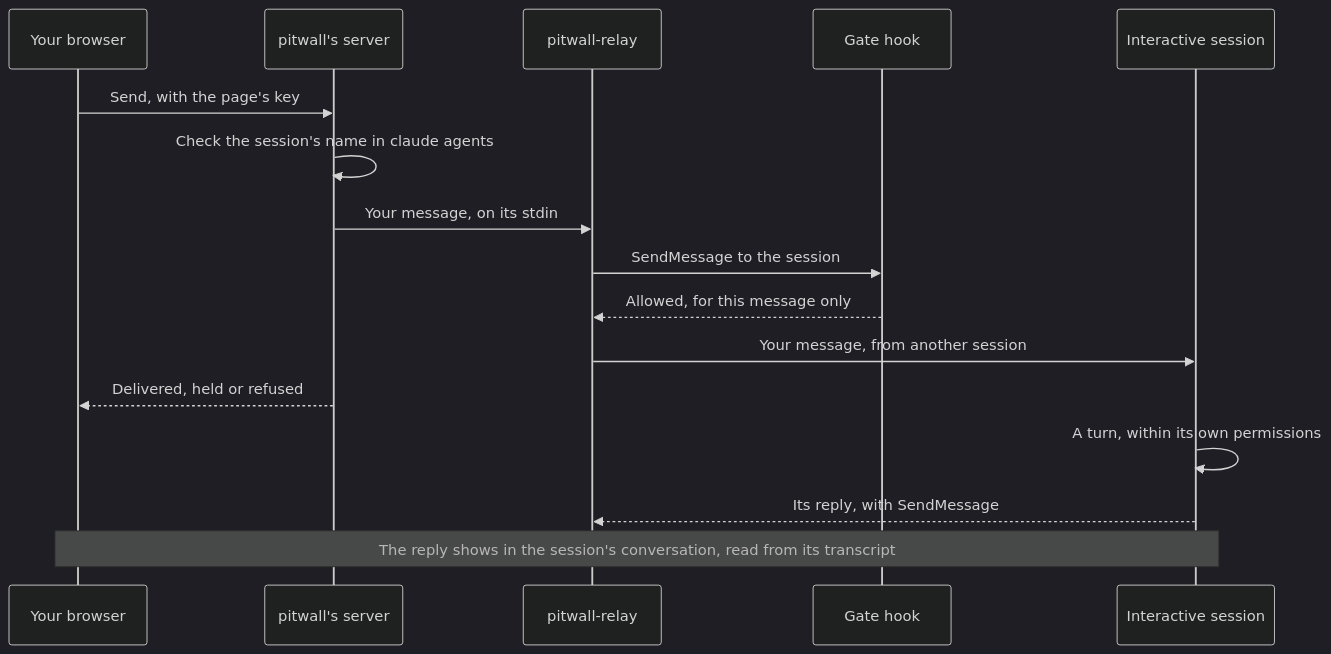
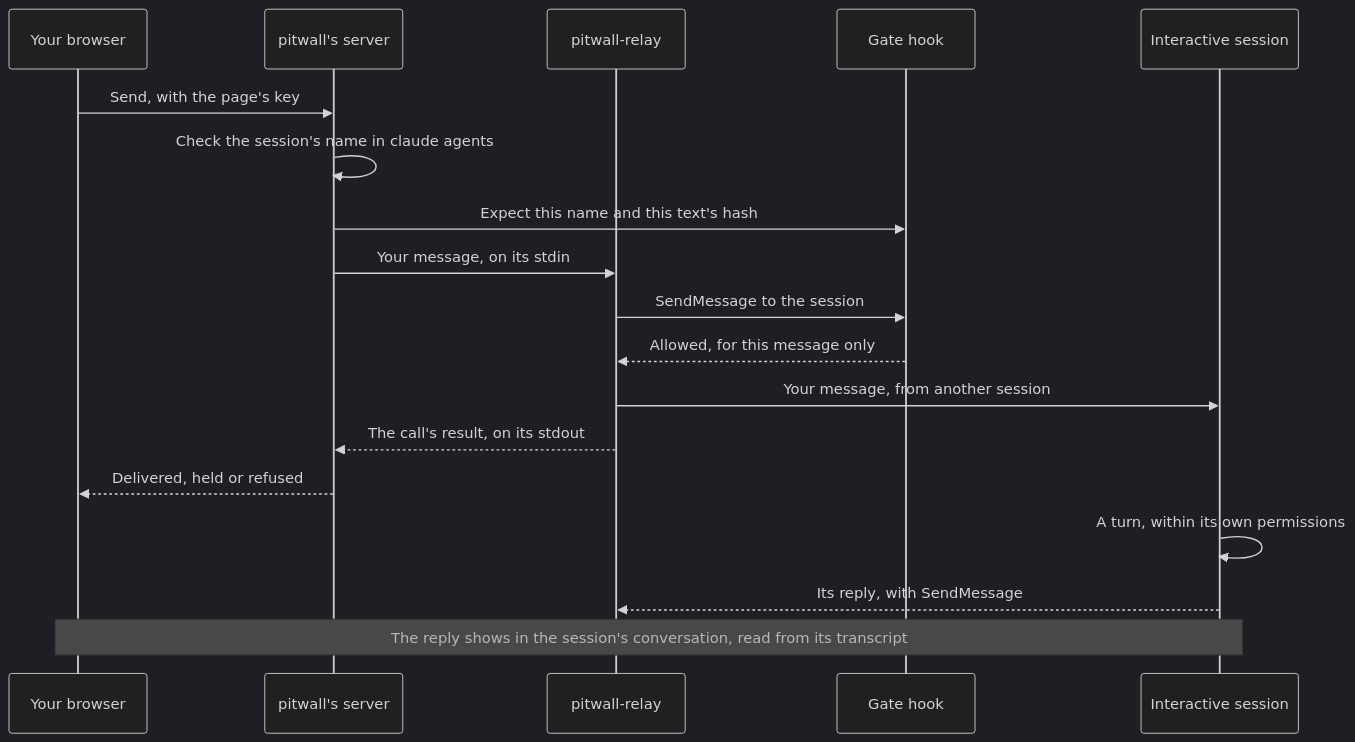
The second of 2 diagrams in README.md (leggetter/pitwall), drawn with Mermaid (dark theme) before and after one commit. The commit also changed other lines of this file and 1 other file, not shown here.

````diff
--- a/README.md
+++ b/README.md
@@ -129,19 +161,21 @@
 ```mermaid
 sequenceDiagram
   participant page as Your browser
   participant server as pitwall's server
   participant relay as pitwall-relay
   participant gate as Gate hook
   participant session as Interactive session
 
   page->>server: Send, with the page's key
   server->>server: Check the session's name in claude agents
+  server->>gate: Expect this name and this text's hash
   server->>relay: Your message, on its stdin
   relay->>gate: SendMessage to the session
   gate-->>relay: Allowed, for this message only
   relay->>session: Your message, from another session
+  relay-->>server: The call's result, on its stdout
   server-->>page: Delivered, held or refused
   session->>session: A turn, within its own permissions
   session-->>relay: Its reply, with SendMessage
   Note over page,session: The reply shows in the session's conversation, read from its transcript
 ```
````
